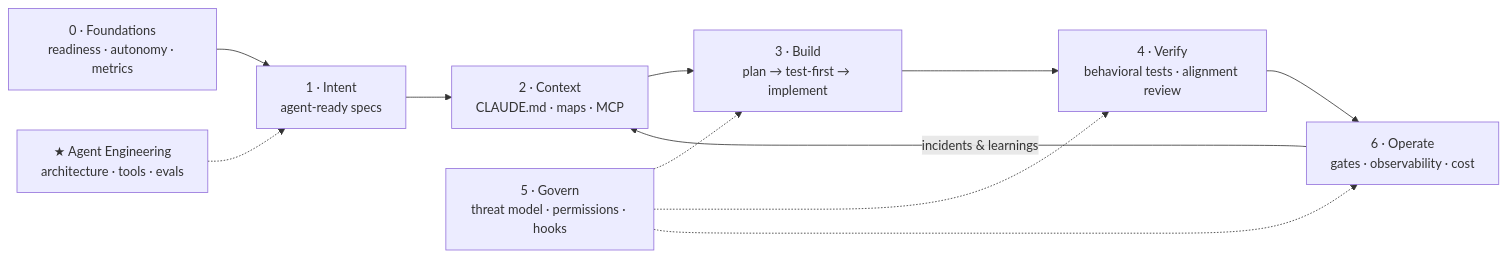
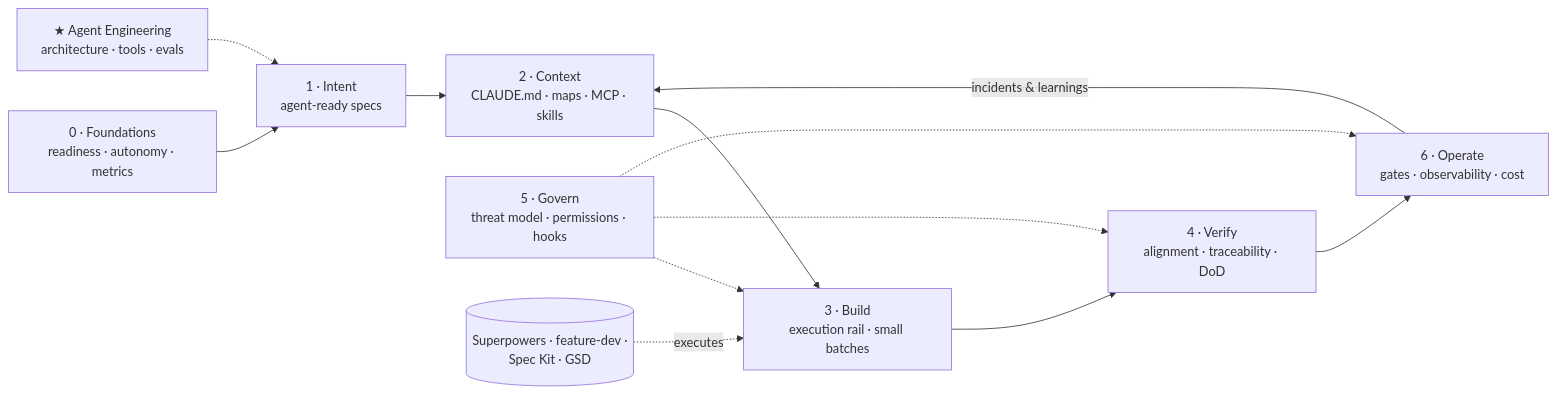
Before and after one commit to shmulikdav/adlc-skills: the diagram in README.md, drawn with Mermaid. The commit also changed other lines of this file and 222 other files, not shown here.

````diff
--- a/README.md
+++ b/README.md
@@ -27,13 +43,14 @@
 ```mermaid
 flowchart LR
     F[0 · Foundations<br/>readiness · autonomy · metrics] --> I[1 · Intent<br/>agent-ready specs]
-    I --> C[2 · Context<br/>CLAUDE.md · maps · MCP]
-    C --> B[3 · Build<br/>plan → test-first → implement]
-    B --> V[4 · Verify<br/>behavioral tests · alignment review]
+    I --> C[2 · Context<br/>CLAUDE.md · maps · MCP · skills]
+    C --> B[3 · Build<br/>execution rail · small batches]
+    B --> V[4 · Verify<br/>alignment · traceability · DoD]
     V --> O[6 · Operate<br/>gates · observability · cost]
     O -->|incidents & learnings| C
     G[5 · Govern<br/>threat model · permissions · hooks] -.-> B
     G -.-> V
     G -.-> O
     AE[★ Agent Engineering<br/>architecture · tools · evals] -.-> I
+    R[(Superpowers · feature-dev ·<br/>Spec Kit · GSD)] -.executes.-> B
 ```
````
